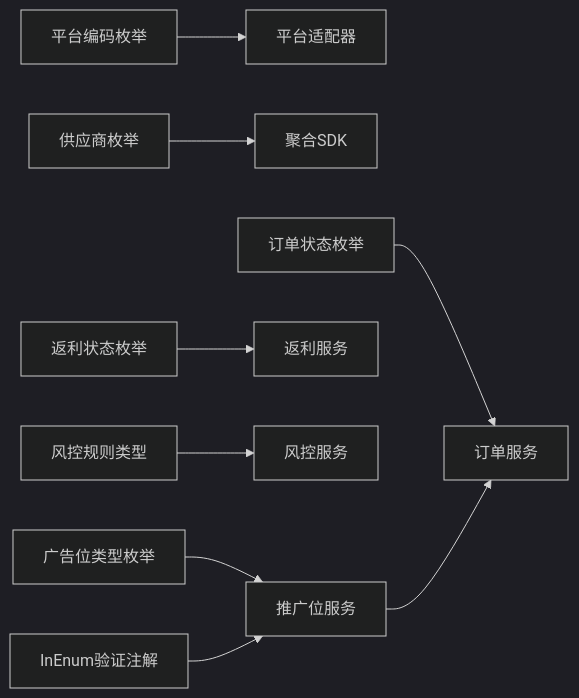
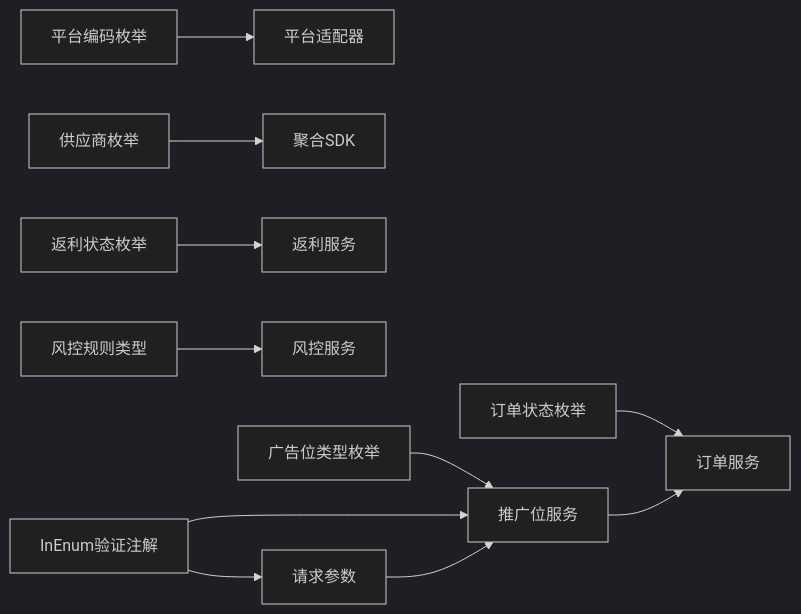
One commit to zhuangpengLI/AgenticCPS changed diagram 14 of 14 in .qoder/repowiki/zh/content/架构设计/模块设计/业务模块/CPS联盟返利模块.md. Above: the diagram before and after it, drawn with Mermaid (dark theme). The commit also changed other lines of this file and 15 other files, not shown here.

````diff
--- a/.qoder/repowiki/zh/content/架构设计/模块设计/业务模块/CPS联盟返利模块.md
+++ b/.qoder/repowiki/zh/content/架构设计/模块设计/业务模块/CPS联盟返利模块.md
@@ -472,11 +583,13 @@
 ```mermaid
 graph LR
 平台枚举["平台编码枚举"] --> 适配器["平台适配器"]
 供应商枚举["供应商枚举"] --> SDK["聚合SDK"]
 订单状态["订单状态枚举"] --> 订单服务["订单服务"]
 返利状态["返利状态枚举"] --> 返利服务["返利服务"]
 风控规则["风控规则类型"] --> 风控服务["风控服务"]
 广告位类型["广告位类型枚举"] --> 推广位服务["推广位服务"]
 推广位服务 --> 订单服务
 验证注解["InEnum验证注解"] --> 推广位服务
+验证注解 --> 请求参数
+请求参数 --> 推广位服务
 ```
````
